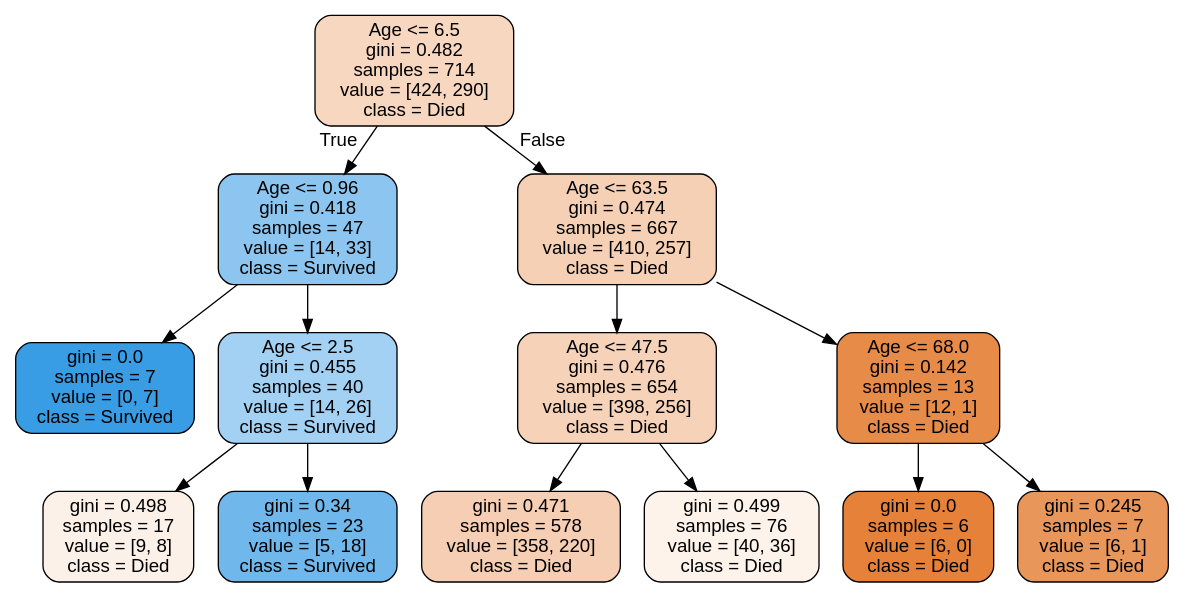
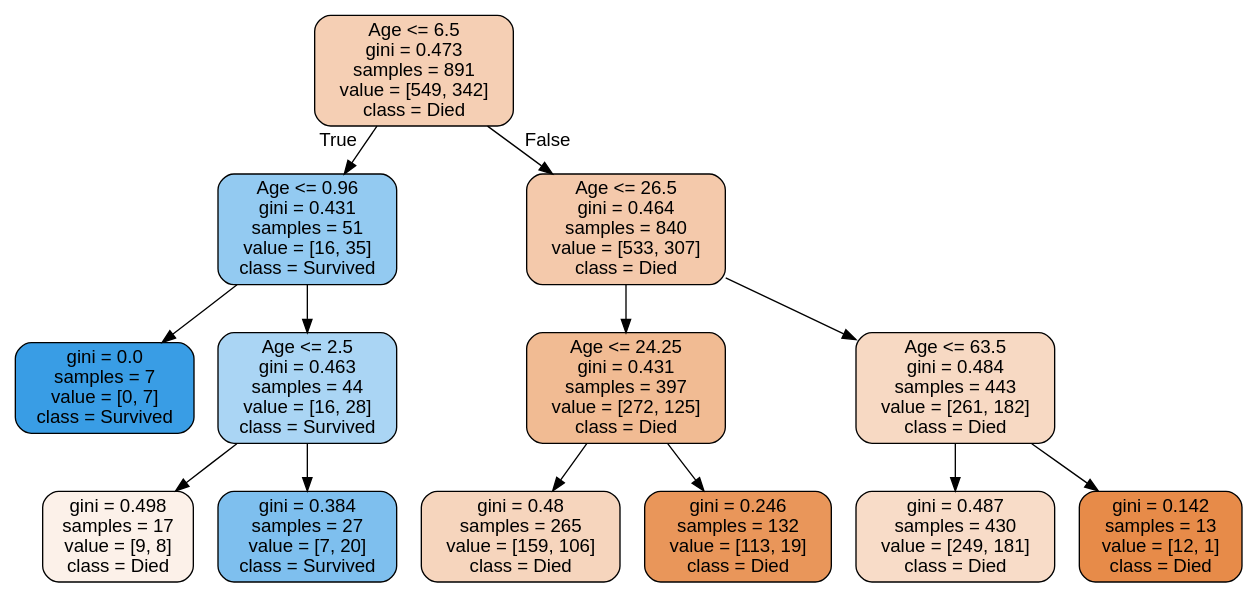
The diagram in titanic/age_tree.dot (danielhertenstein/kaggle), drawn with Graphviz before and after one commit. The commit also changed 3 other files, not shown here.

```diff
--- a/titanic/age_tree.dot
+++ b/titanic/age_tree.dot
@@ -1,29 +1,29 @@
 digraph Tree {
 node [shape=box, style="filled, rounded", color="black", fontname=helvetica] ;
 edge [fontname=helvetica] ;
-0 [label="Age <= 6.5\ngini = 0.482\nsamples = 714\nvalue = [424, 290]\nclass = Died", fillcolor="#e5813951"] ;
-1 [label="Age <= 0.96\ngini = 0.418\nsamples = 47\nvalue = [14, 33]\nclass = Survived", fillcolor="#399de593"] ;
+0 [label="Age <= 6.5\ngini = 0.473\nsamples = 891\nvalue = [549, 342]\nclass = Died", fillcolor="#e5813960"] ;
+1 [label="Age <= 0.96\ngini = 0.431\nsamples = 51\nvalue = [16, 35]\nclass = Survived", fillcolor="#399de58a"] ;
 0 -> 1 [labeldistance=2.5, labelangle=45, headlabel="True"] ;
-5 [label="gini = 0.0\nsamples = 7\nvalue = [0, 7]\nclass = Survived", fillcolor="#399de5ff"] ;
-1 -> 5 ;
-6 [label="Age <= 2.5\ngini = 0.455\nsamples = 40\nvalue = [14, 26]\nclass = Survived", fillcolor="#399de576"] ;
-1 -> 6 ;
-7 [label="gini = 0.498\nsamples = 17\nvalue = [9, 8]\nclass = Died", fillcolor="#e581391c"] ;
+2 [label="gini = 0.0\nsamples = 7\nvalue = [0, 7]\nclass = Survived", fillcolor="#399de5ff"] ;
+1 -> 2 ;
+3 [label="Age <= 2.5\ngini = 0.463\nsamples = 44\nvalue = [16, 28]\nclass = Survived", fillcolor="#399de56d"] ;
+1 -> 3 ;
+4 [label="gini = 0.498\nsamples = 17\nvalue = [9, 8]\nclass = Died", fillcolor="#e581391c"] ;
+3 -> 4 ;
+5 [label="gini = 0.384\nsamples = 27\nvalue = [7, 20]\nclass = Survived", fillcolor="#399de5a6"] ;
+3 -> 5 ;
+6 [label="Age <= 26.5\ngini = 0.464\nsamples = 840\nvalue = [533, 307]\nclass = Died", fillcolor="#e581396c"] ;
+0 -> 6 [labeldistance=2.5, labelangle=-45, headlabel="False"] ;
+7 [label="Age <= 24.25\ngini = 0.431\nsamples = 397\nvalue = [272, 125]\nclass = Died", fillcolor="#e581398a"] ;
 6 -> 7 ;
-8 [label="gini = 0.34\nsamples = 23\nvalue = [5, 18]\nclass = Survived", fillcolor="#399de5b8"] ;
-6 -> 8 ;
-2 [label="Age <= 63.5\ngini = 0.474\nsamples = 667\nvalue = [410, 257]\nclass = Died", fillcolor="#e581395f"] ;
-0 -> 2 [labeldistance=2.5, labelangle=-45, headlabel="False"] ;
-3 [label="Age <= 47.5\ngini = 0.476\nsamples = 654\nvalue = [398, 256]\nclass = Died", fillcolor="#e581395b"] ;
-2 -> 3 ;
-9 [label="gini = 0.471\nsamples = 578\nvalue = [358, 220]\nclass = Died", fillcolor="#e5813962"] ;
-3 -> 9 ;
-10 [label="gini = 0.499\nsamples = 76\nvalue = [40, 36]\nclass = Died", fillcolor="#e5813919"] ;
-3 -> 10 ;
-4 [label="Age <= 68.0\ngini = 0.142\nsamples = 13\nvalue = [12, 1]\nclass = Died", fillcolor="#e58139ea"] ;
-2 -> 4 ;
-11 [label="gini = 0.0\nsamples = 6\nvalue = [6, 0]\nclass = Died", fillcolor="#e58139ff"] ;
-4 -> 11 ;
-12 [label="gini = 0.245\nsamples = 7\nvalue = [6, 1]\nclass = Died", fillcolor="#e58139d4"] ;
-4 -> 12 ;
+8 [label="gini = 0.48\nsamples = 265\nvalue = [159, 106]\nclass = Died", fillcolor="#e5813955"] ;
+7 -> 8 ;
+9 [label="gini = 0.246\nsamples = 132\nvalue = [113, 19]\nclass = Died", fillcolor="#e58139d4"] ;
+7 -> 9 ;
+10 [label="Age <= 63.5\ngini = 0.484\nsamples = 443\nvalue = [261, 182]\nclass = Died", fillcolor="#e581394d"] ;
+6 -> 10 ;
+11 [label="gini = 0.487\nsamples = 430\nvalue = [249, 181]\nclass = Died", fillcolor="#e5813946"] ;
+10 -> 11 ;
+12 [label="gini = 0.142\nsamples = 13\nvalue = [12, 1]\nclass = Died", fillcolor="#e58139ea"] ;
+10 -> 12 ;
 }
```
